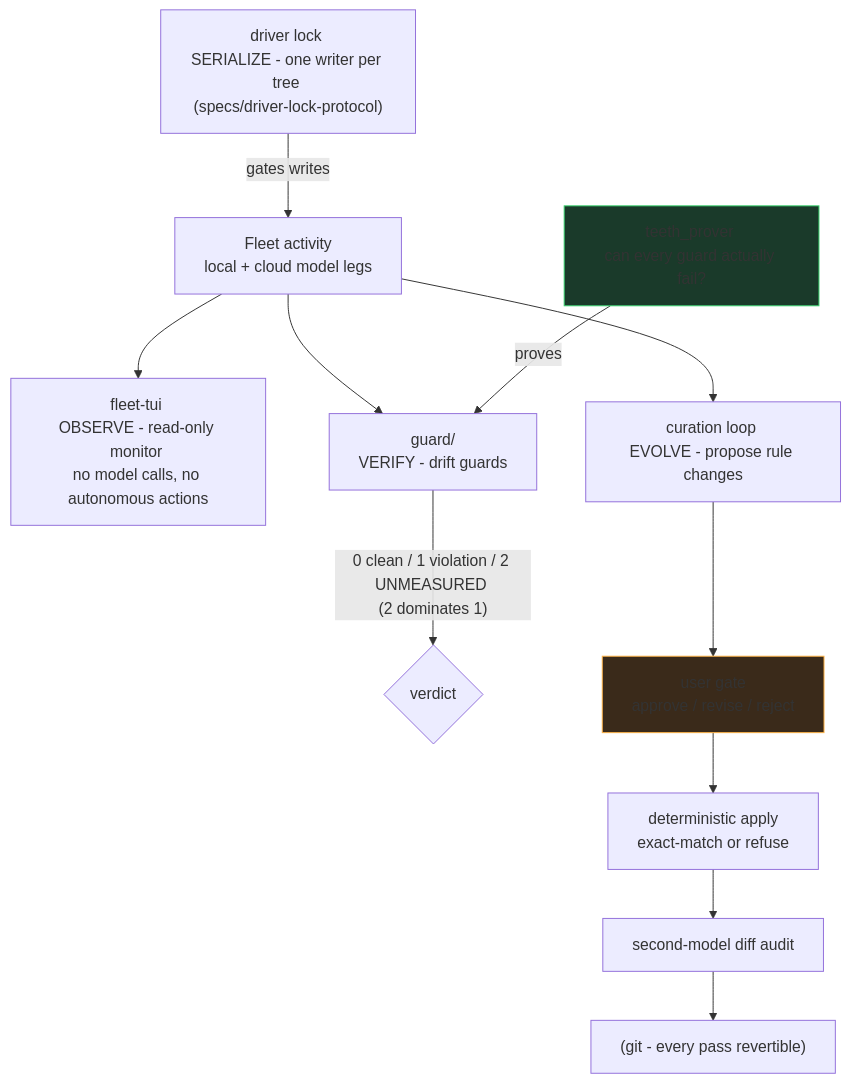
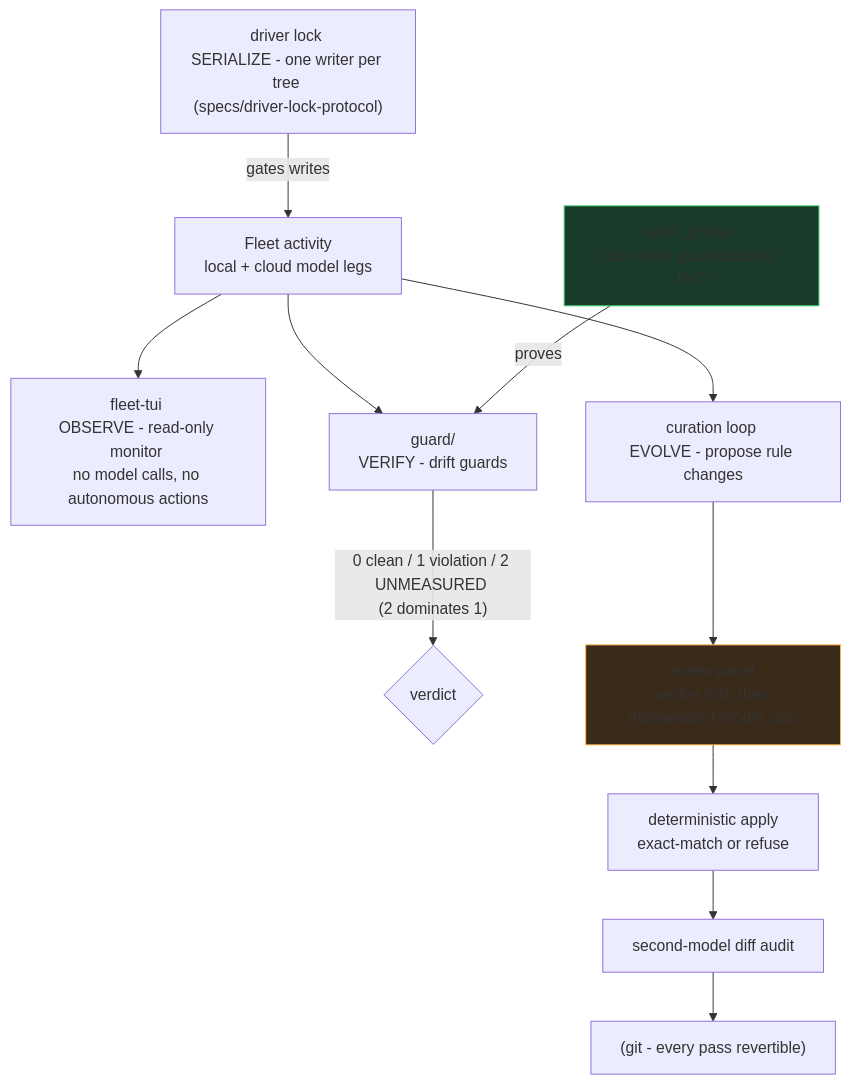
The first of 4 diagrams in README.md (sherifican/Agent-FleetOps), drawn with Mermaid before and after one commit. The commit also changed other lines of this file and 7 other files, not shown here.

````diff
--- a/README.md
+++ b/README.md
@@ -22,13 +22,13 @@
 ```mermaid
 flowchart TD
     W["Fleet activity <br/>local + cloud model legs"] --> T["fleet-tui <br/>OBSERVE - read-only monitor <br/>no model calls, no autonomous actions"]
     L["driver lock <br/>SERIALIZE - one writer per tree <br/>(specs/driver-lock-protocol)"] -->|gates writes| W
     W --> G["guard/ <br/>VERIFY - drift guards"]
     TP["teeth_prover <br/>can every guard actually fail?"] -->|proves| G
     G -->|"0 clean / 1 violation / 2 UNMEASURED <br/>(2 dominates 1)"| V{verdict}
     W --> C["curation loop <br/>EVOLVE - propose rule changes"]
-    C --> H["user gate <br/>approve / revise / reject"]
+    C --> H["review panel <br/>verifier first, then independent-model vote"]
     H --> A["deterministic apply <br/>exact-match or refuse"] --> D["second-model diff audit"] --> R["(git - every pass revertible)"]
     style TP fill:#1a3a2a,stroke:#39d36f
     style H fill:#3a2a1a,stroke:#ffb347
 ```
````
